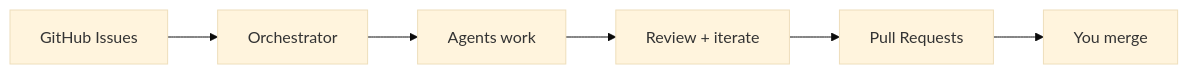
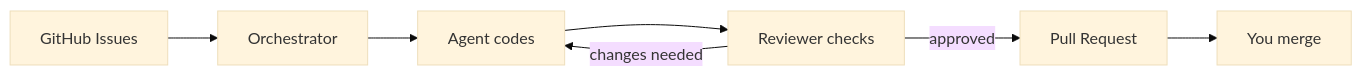
One commit to issue-orchestrator/issue-orchestrator changed the first of 2 diagrams in README.md. Above: the diagram before and after it, drawn with Mermaid (base theme). The commit also changed other lines of this file and 1 other file, not shown here.

First line of the commit message:
Show agent-reviewer loop in README, restructure review workflow docs

````diff
--- a/README.md
+++ b/README.md
@@ -11,8 +11,9 @@
 ```mermaid
 flowchart LR
   ISS["GitHub Issues"] --> ORCH["Orchestrator"]
-  ORCH --> AGENT["Agents work"]
-  AGENT --> REV["Review + iterate"]
-  REV --> PR["Pull Requests"]
+  ORCH --> CODE["Agent codes"]
+  CODE --> REV["Reviewer checks"]
+  REV -->|changes needed| CODE
+  REV -->|approved| PR["Pull Request"]
   PR --> YOU["You merge"]
 ```
````
